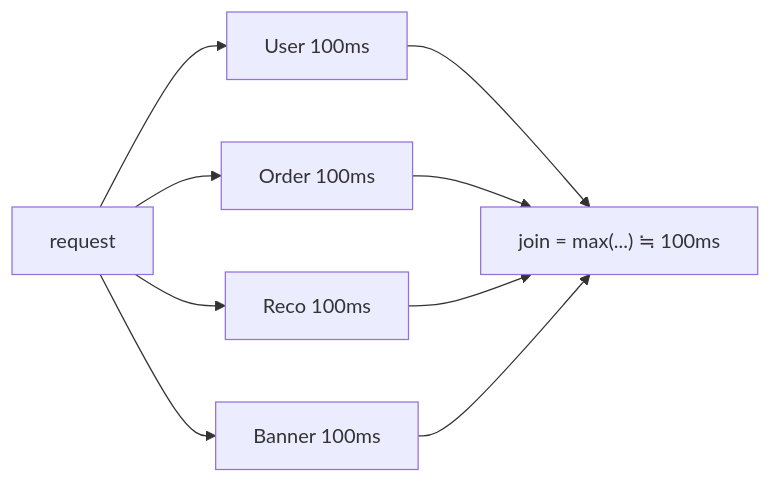
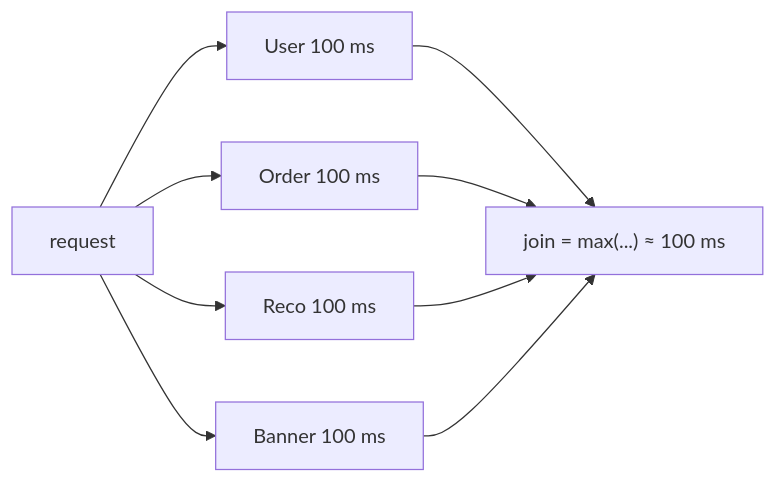
One commit to yoichiozaki/yoichiozaki.github.io changed the third of 5 diagrams in content/blog/en/go-concurrency-in-practice.mdx. Above: the diagram before and after it, drawn with Mermaid. The commit also changed other lines of this file and 220 other files, not shown here.

````diff
--- a/content/blog/en/go-concurrency-in-practice.mdx
+++ b/content/blog/en/go-concurrency-in-practice.mdx
@@ -221,11 +221,11 @@
 ```mermaid
 graph LR
-    Req["request"] --> B1["User 100ms"]
-    Req --> B2["Order 100ms"]
-    Req --> B3["Reco 100ms"]
-    Req --> B4["Banner 100ms"]
-    B1 --> Join["join = max(...) ≒ 100ms"]
+    Req["request"] --> B1["User 100 ms"]
+    Req --> B2["Order 100 ms"]
+    Req --> B3["Reco 100 ms"]
+    Req --> B4["Banner 100 ms"]
+    B1 --> Join["join = max(...) ≈ 100 ms"]
     B2 --> Join
     B3 --> Join
     B4 --> Join
 ```
````
